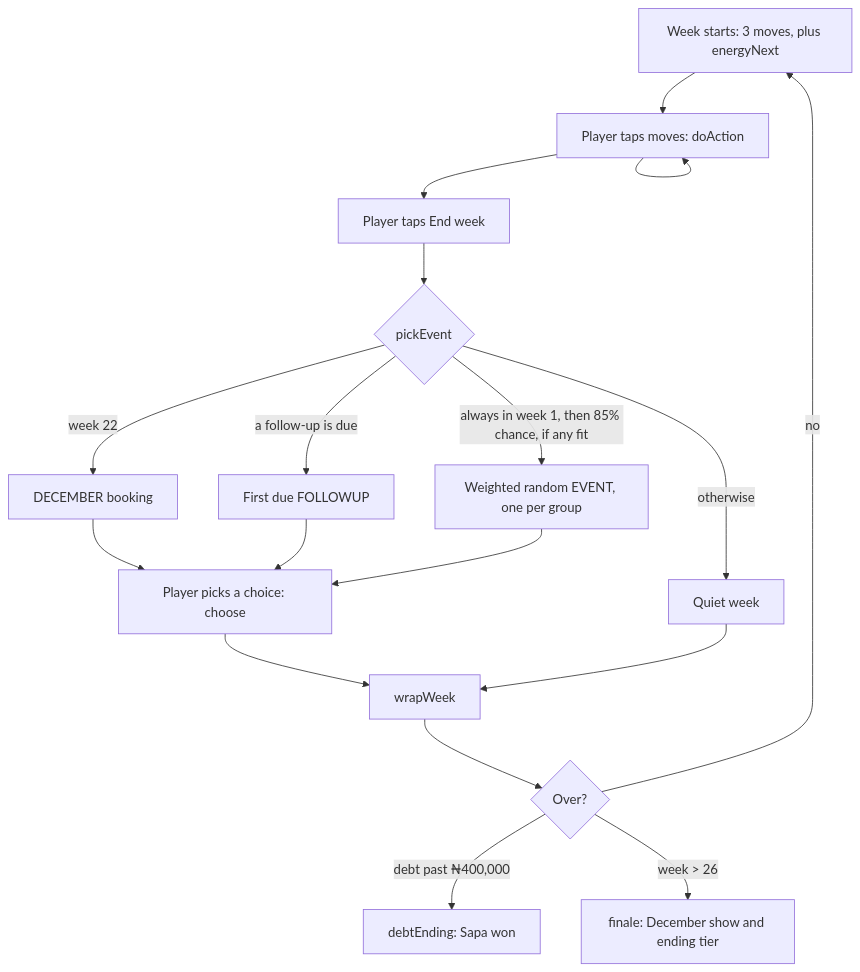
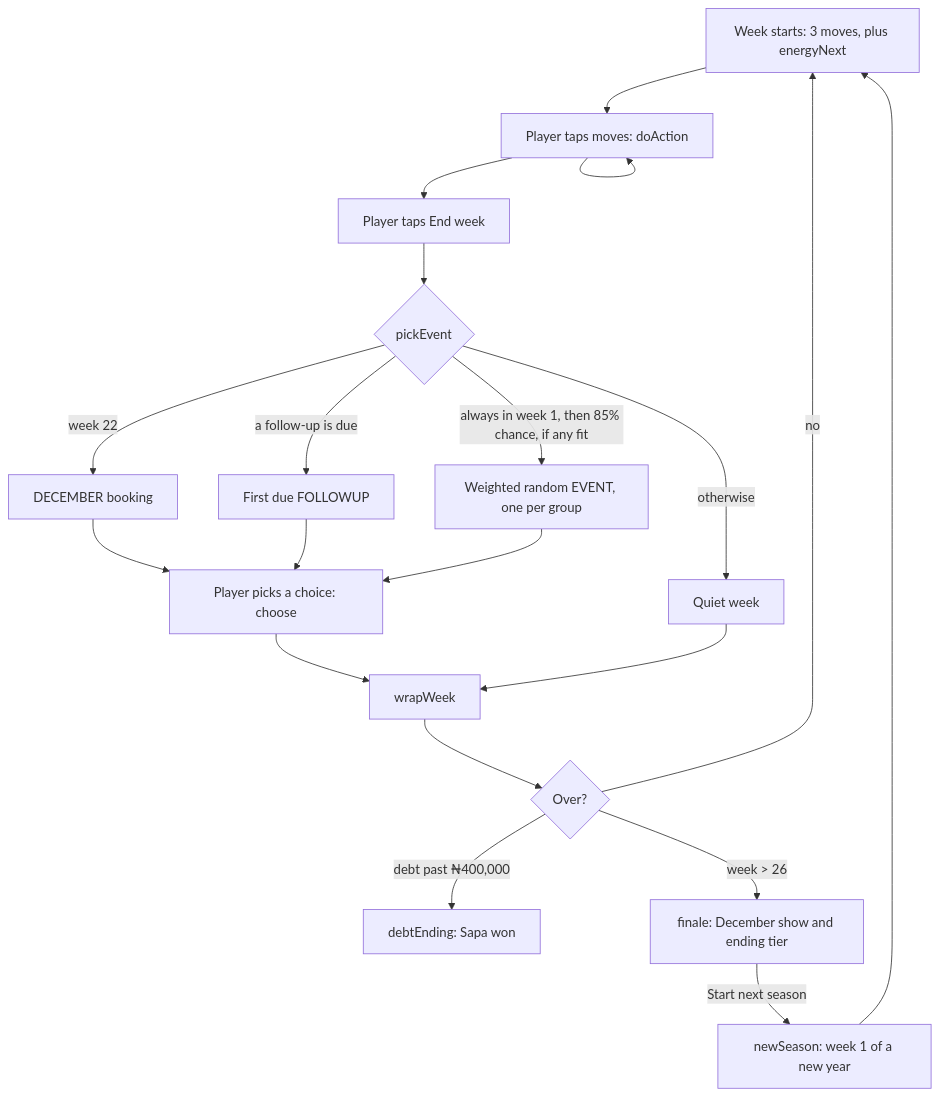
One commit to tiwadara/lagos-superstar changed the diagram in docs/architecture.md. Above: the diagram before and after it, drawn with Mermaid. The commit also changed other lines of this file and 17 other files, not shown here.

````diff
--- a/docs/architecture.md
+++ b/docs/architecture.md
@@ -79,18 +87,19 @@
 ```mermaid
 flowchart TD
   A[Week starts: 3 moves, plus energyNext] --> B[Player taps moves: doAction]
   B --> B
   B --> C[Player taps End week]
   C --> D{pickEvent}
   D -- week 22 --> E[DECEMBER booking]
   D -- a follow-up is due --> F[First due FOLLOWUP]
   D -- always in week 1, then 85% chance, if any fit --> G[Weighted random EVENT, one per group]
   D -- otherwise --> H[Quiet week]
   E & F & G --> I[Player picks a choice: choose]
   I --> J[wrapWeek]
   H --> J
   J --> K{Over?}
   K -- debt past ₦400,000 --> L[debtEnding: Sapa won]
   K -- week > 26 --> M[finale: December show and ending tier]
+  M -- Start next season --> N[newSeason: week 1 of a new year] --> A
   K -- no --> A
 ```
````
